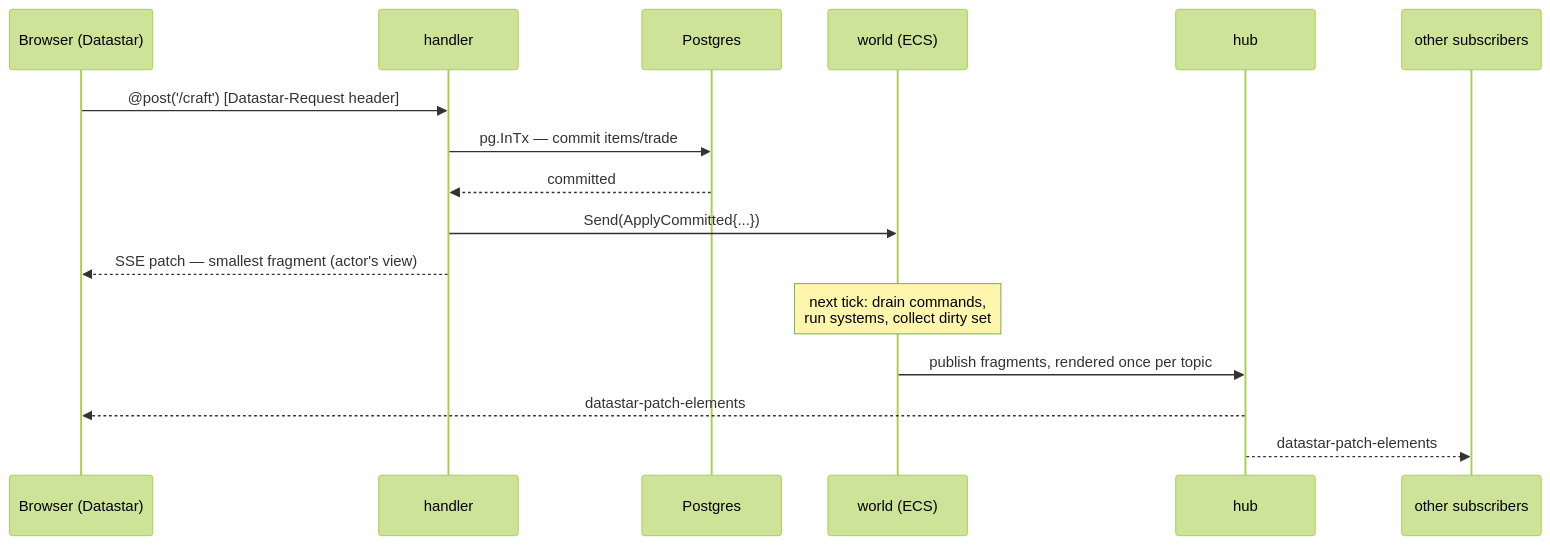
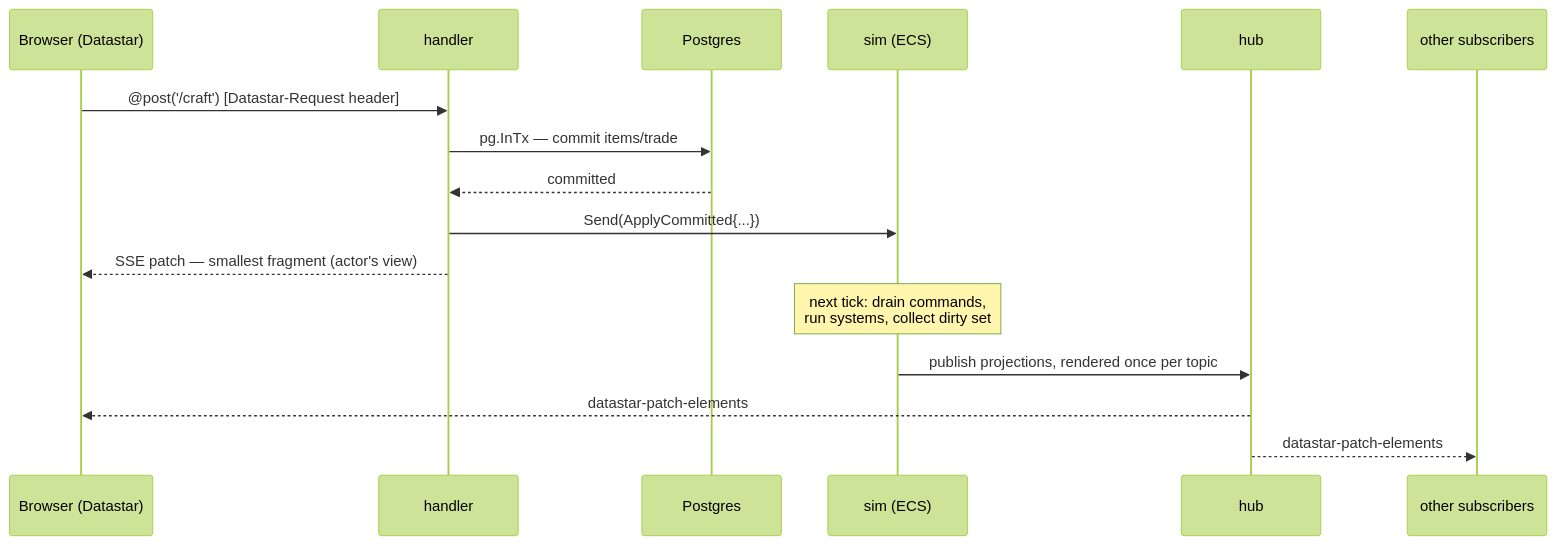
Before and after one commit to ThirdCoastInteractive/Beach: the diagram in docs/architecture/09-lifecycles.md, drawn with Mermaid (forest theme). The commit also changed other lines of this file and 20 other files, not shown here.

Commit message:
docs: beach root layout, ui toolkit (14KB law), sim rename, Atlas adoptions (auth/apigen/chart/ch), example trio

````diff
--- a/docs/architecture/09-lifecycles.md
+++ b/docs/architecture/09-lifecycles.md
@@ -15,19 +15,19 @@
 ```mermaid
 sequenceDiagram
     participant B as Browser (Datastar)
     participant H as handler
     participant PG as Postgres
-    participant W as world (ECS)
+    participant SIM as sim (ECS)
     participant HUB as hub
     participant S as other subscribers
 
     B->>H: @post('/craft')  [Datastar-Request header]
     H->>PG: pg.InTx — commit items/trade
     PG-->>H: committed
-    H->>W: Send(ApplyCommitted{...})
+    H->>SIM: Send(ApplyCommitted{...})
     H-->>B: SSE patch — smallest fragment (actor's view)
-    Note over W: next tick: drain commands,<br/>run systems, collect dirty set
-    W->>HUB: publish fragments, rendered once per topic
+    Note over SIM: next tick: drain commands,<br/>run systems, collect dirty set
+    SIM->>HUB: publish projections, rendered once per topic
     HUB-->>B: datastar-patch-elements
     HUB-->>S: datastar-patch-elements
 ```
````
